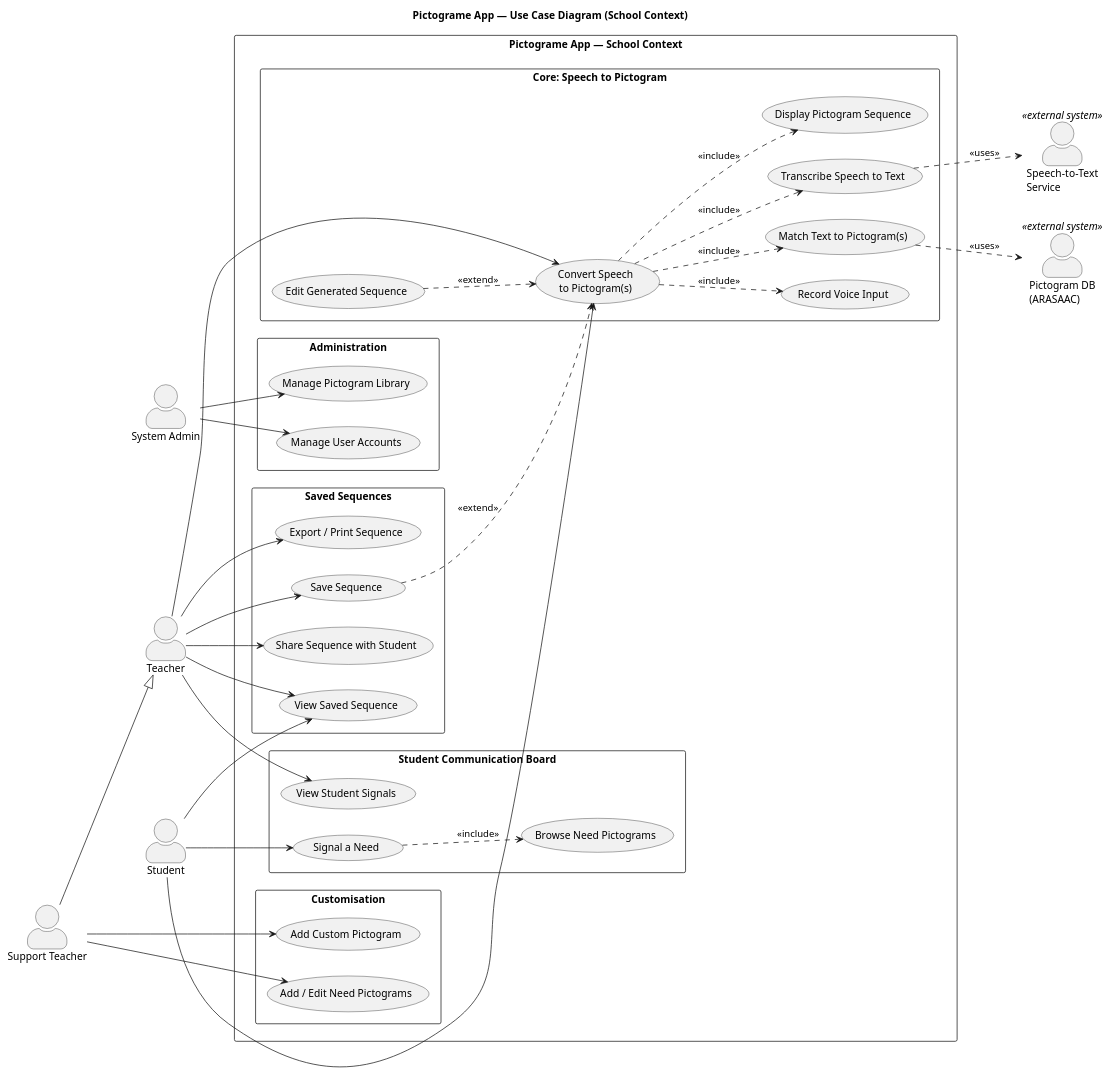
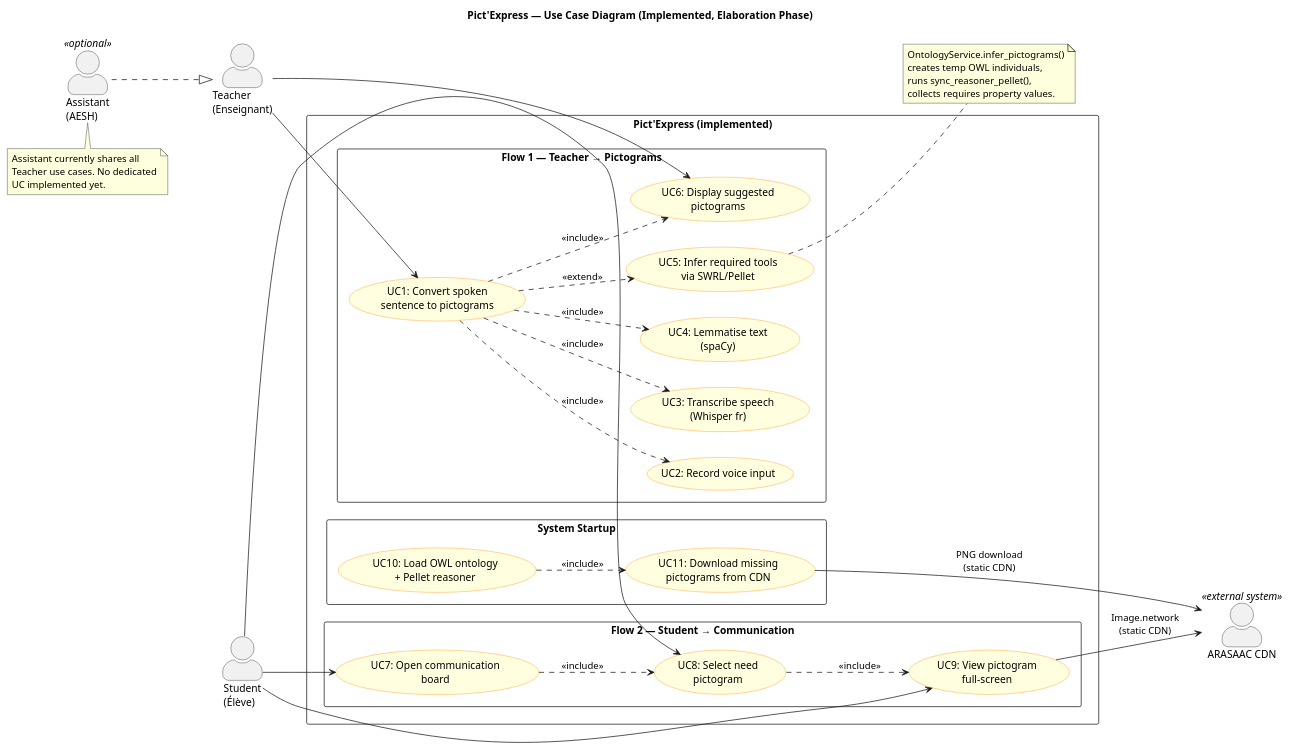
The diagram in docs/uml/use_case_diagram.puml (A-Stupu/PictExpress_app), drawn with PlantUML before and after one commit. The commit also changed 5 other files, not shown here.

```diff
--- a/docs/uml/use_case_diagram.puml
+++ b/docs/uml/use_case_diagram.puml
@@ -1,101 +1,82 @@
-@startuml Use_Case_Diagram_School_Context
-title Pictograme App — Use Case Diagram (School Context)
+@startuml Use_Case_Diagram
+title Pict'Express — Use Case Diagram (Implemented, Elaboration Phase)
 
 left to right direction
 skinparam actorStyle awesome
 skinparam packageStyle rectangle
+skinparam usecase {
+  BackgroundColor LightYellow
+  BorderColor DarkOrange
+}
 
-' ─────────── ACTORS ───────────
-actor "Teacher"                  as T
-actor "Support Teacher"          as ST
-actor "Student"                  as S
-actor "System Admin"             as SA
-actor "Speech-to-Text\nService"  as STT     <<external system>>
-actor "Pictogram DB\n(ARASAAC)"  as ARASAAC <<external system>>
+' ─── ACTORS ───────────────────────────────────────────────────────────────
+actor "Teacher\n(Enseignant)"       as Teacher
+actor "Student\n(Élève)"            as Student
+actor "Assistant\n(AESH)"           as Assistant <<optional>>
+actor "ARASAAC CDN"                 as ARASAAC <<external system>>
 
-' Support Teacher inherits all Teacher use cases
-ST --|> T
+' Assistant can perform all Teacher use cases (optional substitution)
+Assistant ..|> Teacher
 
-' ─────────── SYSTEM BOUNDARY ───────────
-rectangle "Pictograme App — School Context" {
+' ─── SYSTEM BOUNDARY ──────────────────────────────────────────────────────
+rectangle "Pict'Express (implemented)" {
 
-  ' ── Core flow (shared by all users) ──
-  package "Core: Speech to Pictogram" {
-    usecase "Convert Speech\nto Pictogram(s)"  as UC_CONVERT
-    usecase "Record Voice Input"               as UC_RECORD
-    usecase "Transcribe Speech to Text"        as UC_TRANSCRIBE
-    usecase "Match Text to Pictogram(s)"       as UC_MATCH
-    usecase "Display Pictogram Sequence"       as UC_DISPLAY
-    usecase "Edit Generated Sequence"          as UC_EDIT_SEQ
+  package "Flow 1 — Teacher → Pictograms" {
+    usecase "UC1: Convert spoken\nsentence to pictograms"  as UC1
+    usecase "UC2: Record voice input"                       as UC2
+    usecase "UC3: Transcribe speech\n(Whisper fr)"          as UC3
+    usecase "UC4: Lemmatise text\n(spaCy)"                  as UC4
+    usecase "UC5: Infer required tools\nvia SWRL/Pellet"    as UC5
+    usecase "UC6: Display suggested\npictograms"            as UC6
   }
 
-  ' ── Actions on a generated result ──
-  package "Saved Sequences" {
-    usecase "Save Sequence"                    as UC_SAVE
-    usecase "View Saved Sequence"              as UC_VIEW
-    usecase "Share Sequence with Student"      as UC_SHARE
-    usecase "Export / Print Sequence"          as UC_EXPORT
+  package "Flow 2 — Student → Communication" {
+    usecase "UC7: Open communication\nboard"                as UC7
+    usecase "UC8: Select need\npictogram"                   as UC8
+    usecase "UC9: View pictogram\nfull-screen"              as UC9
   }
 
-  ' ── Student Communication Board ──
-  package "Student Communication Board" {
-    usecase "Browse Need Pictograms"           as UC_BROWSE_NEEDS
-    usecase "Signal a Need"                    as UC_SIGNAL
-    usecase "View Student Signals"             as UC_VIEW_SIGNALS
-  }
-
-  ' ── Support Teacher only ──
-  package "Customisation" {
-    usecase "Add Custom Pictogram"             as UC_CUSTOM
-    usecase "Add / Edit Need Pictograms"       as UC_EDIT_NEEDS
-  }
-
-  ' ── Administration ──
-  package "Administration" {
-    usecase "Manage User Accounts"             as UC_USERS
-    usecase "Manage Pictogram Library"         as UC_LIB
+  package "System Startup" {
+    usecase "UC10: Load OWL ontology\n+ Pellet reasoner"    as UC10
+    usecase "UC11: Download missing\npictograms from CDN"   as UC11
   }
 
 }
 
-' ─────────── ACTOR → USE CASE ───────────
+' ─── ACTOR → USE CASE ─────────────────────────────────────────────────────
+Teacher --> UC1
+Teacher --> UC6
+Student --> UC7
+Student --> UC8
+Student --> UC9
 
-' Teacher (ST inherits all of these)
-T --> UC_CONVERT
-T --> UC_SAVE
-T --> UC_VIEW
-T --> UC_SHARE
-T --> UC_EXPORT
+' ─── INCLUDE / EXTEND ─────────────────────────────────────────────────────
+UC1 ..> UC2 : <<include>>
+UC1 ..> UC3 : <<include>>
+UC1 ..> UC4 : <<include>>
+UC1 ..> UC5 : <<extend>>
+UC1 ..> UC6 : <<include>>
 
-' Support Teacher — extra only
-ST --> UC_CUSTOM
-ST --> UC_EDIT_NEEDS
+UC7 ..> UC8 : <<include>>
+UC8 ..> UC9 : <<include>>
 
-' Student
-S --> UC_CONVERT
-S --> UC_VIEW
-S --> UC_SIGNAL
+UC10 ..> UC11 : <<include>>
 
-' Teacher — view signals sent by student
-T --> UC_VIEW_SIGNALS
+' ─── EXTERNAL SYSTEMS ─────────────────────────────────────────────────────
+UC11 --> ARASAAC : PNG download\n(static CDN)
+UC9  --> ARASAAC : Image.network\n(static CDN)
 
-' System Admin
-SA --> UC_USERS
-SA --> UC_LIB
+note bottom of Assistant
+  Assistant currently shares all
+  Teacher use cases. No dedicated
+  UC implemented yet.
+end note
 
-' External systems
-UC_TRANSCRIBE ..> STT     : <<uses>>
-UC_MATCH       ..> ARASAAC : <<uses>>
-
-' ─────────── INCLUDE / EXTEND ───────────
-UC_CONVERT  ..> UC_RECORD      : <<include>>
-UC_CONVERT  ..> UC_TRANSCRIBE  : <<include>>
-UC_CONVERT  ..> UC_MATCH       : <<include>>
-UC_CONVERT  ..> UC_DISPLAY     : <<include>>
-
-UC_EDIT_SEQ ..> UC_CONVERT     : <<extend>>
-UC_SAVE     ..> UC_CONVERT     : <<extend>>
-
-UC_SIGNAL   ..> UC_BROWSE_NEEDS : <<include>>
+note right of UC5
+  OntologyService.infer_pictograms()
+  creates temp OWL individuals,
+  runs sync_reasoner_pellet(),
+  collects requires property values.
+end note
 
 @enduml
```
